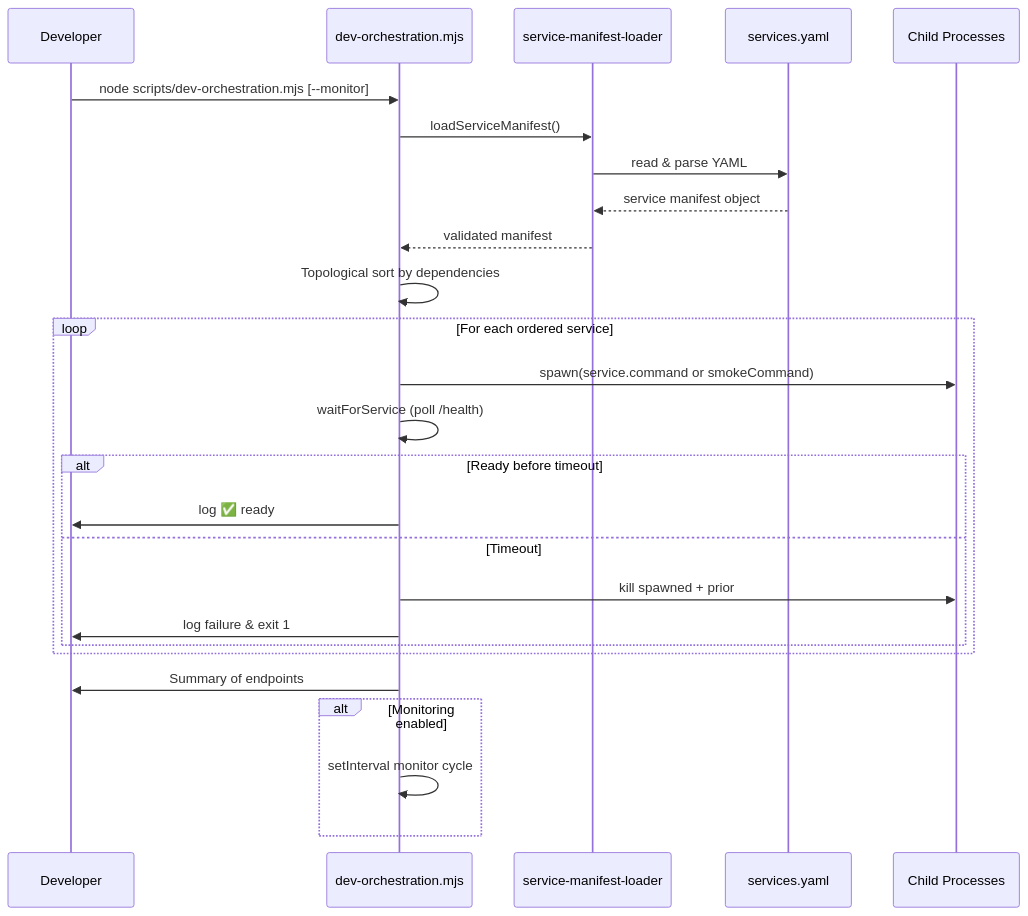
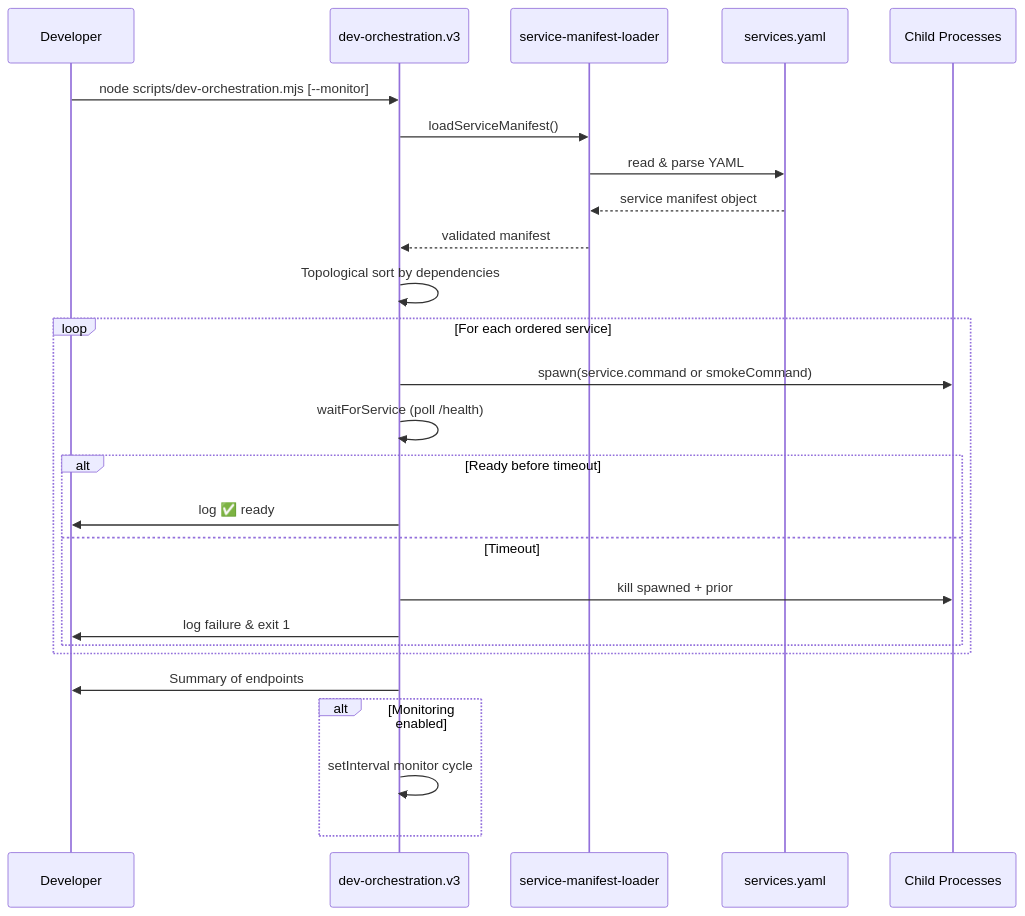
One commit to jonahkeegan/critgenius-listener changed the first of 4 diagrams in docs/orchestration-manifest.md. Above: the diagram before and after it, drawn with Mermaid. The commit also changed other lines of this file and 23 other files, not shown here.

Commit message:
feat(orchestration): add manifest-driven dev orchestration v3 with restart backoff & resilience docs

````diff
--- a/docs/orchestration-manifest.md
+++ b/docs/orchestration-manifest.md
@@ -26,29 +29,29 @@
 ```mermaid
 sequenceDiagram
     participant Dev as Developer
-    participant Orchestrator as dev-orchestration.mjs
+    participant Orchestrator as dev-orchestration.v3
     participant Loader as service-manifest-loader
     participant Manifest as services.yaml
     participant Proc as Child Processes
 
     Dev->>Orchestrator: node scripts/dev-orchestration.mjs [--monitor]
     Orchestrator->>Loader: loadServiceManifest()
     Loader->>Manifest: read & parse YAML
     Manifest-->>Loader: service manifest object
     Loader-->>Orchestrator: validated manifest
     Orchestrator->>Orchestrator: Topological sort by dependencies
     loop For each ordered service
         Orchestrator->>Proc: spawn(service.command or smokeCommand)
         Orchestrator->>Orchestrator: waitForService (poll /health)
         alt Ready before timeout
             Orchestrator->>Dev: log ✅ ready
         else Timeout
             Orchestrator->>Proc: kill spawned + prior
             Orchestrator->>Dev: log failure & exit 1
         end
     end
     Orchestrator->>Dev: Summary of endpoints
     alt Monitoring enabled
         Orchestrator->>Orchestrator: setInterval monitor cycle
     end
 ```
````
